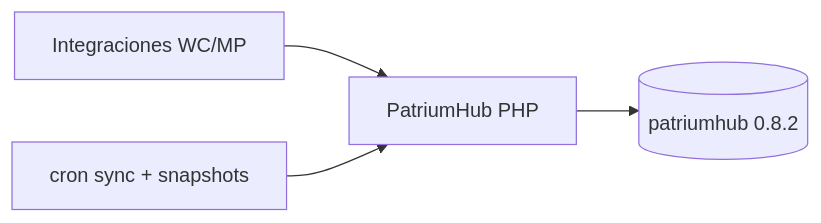
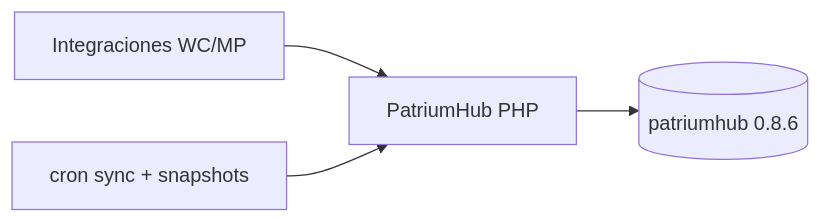
Before and after one commit to PatriumHub/Arquitectura: the diagram in 08-estado-actual-vs-objetivo.md, drawn with Mermaid. The commit also changed other lines of this file and 9 other files, not shown here.

````diff
--- a/08-estado-actual-vs-objetivo.md
+++ b/08-estado-actual-vs-objetivo.md
@@ -21,10 +22,10 @@
 ```mermaid
 flowchart LR
   App[PatriumHub PHP]
-  DB[(patriumhub 0.8.2)]
+  DB[(patriumhub 0.8.6)]
   UIInt[Integraciones WC/MP]
   Cron[cron sync + snapshots]
   App --> DB
   UIInt --> App
   Cron --> App
 ```
````
